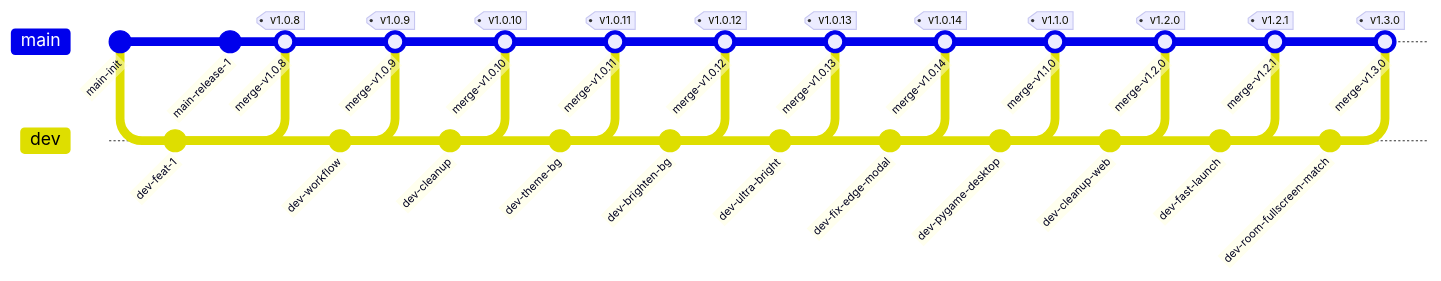
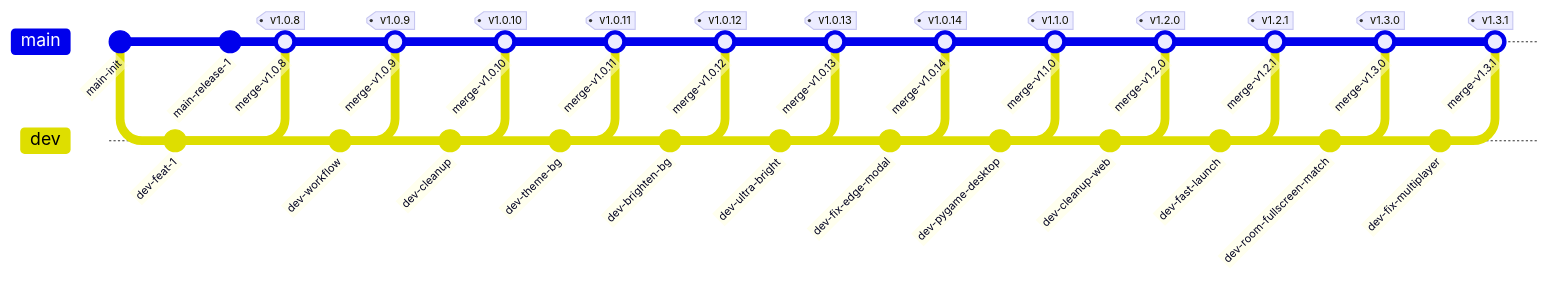
Before and after one commit to 6jbw6/Gomoku: the first of 2 diagrams in OPERATIONS.md, drawn with Mermaid. The commit also changed other lines of this file and 5 other files, not shown here.

````diff
--- a/OPERATIONS.md
+++ b/OPERATIONS.md
@@ -433,50 +459,54 @@
 ```mermaid
 gitGraph
     commit id: "main-init"
     branch dev
     checkout dev
     commit id: "dev-feat-1"
     checkout main
     commit id: "main-release-1"
     merge dev id: "merge-v1.0.8" tag: "v1.0.8"
     checkout dev
     commit id: "dev-workflow"
     checkout main
     merge dev id: "merge-v1.0.9" tag: "v1.0.9"
     checkout dev
     commit id: "dev-cleanup"
     checkout main
     merge dev id: "merge-v1.0.10" tag: "v1.0.10"
     checkout dev
     commit id: "dev-theme-bg"
     checkout main
     merge dev id: "merge-v1.0.11" tag: "v1.0.11"
     checkout dev
     commit id: "dev-brighten-bg"
     checkout main
     merge dev id: "merge-v1.0.12" tag: "v1.0.12"
     checkout dev
     commit id: "dev-ultra-bright"
     checkout main
     merge dev id: "merge-v1.0.13" tag: "v1.0.13"
     checkout dev
     commit id: "dev-fix-edge-modal"
     checkout main
     merge dev id: "merge-v1.0.14" tag: "v1.0.14"
     checkout dev
     commit id: "dev-pygame-desktop"
     checkout main
     merge dev id: "merge-v1.1.0" tag: "v1.1.0"
     checkout dev
     commit id: "dev-cleanup-web"
     checkout main
     merge dev id: "merge-v1.2.0" tag: "v1.2.0"
     checkout dev
     commit id: "dev-fast-launch"
     checkout main
     merge dev id: "merge-v1.2.1" tag: "v1.2.1"
     checkout dev
     commit id: "dev-room-fullscreen-match"
     checkout main
     merge dev id: "merge-v1.3.0" tag: "v1.3.0"
+    checkout dev
+    commit id: "dev-fix-multiplayer"
+    checkout main
+    merge dev id: "merge-v1.3.1" tag: "v1.3.1"
 ```
````
